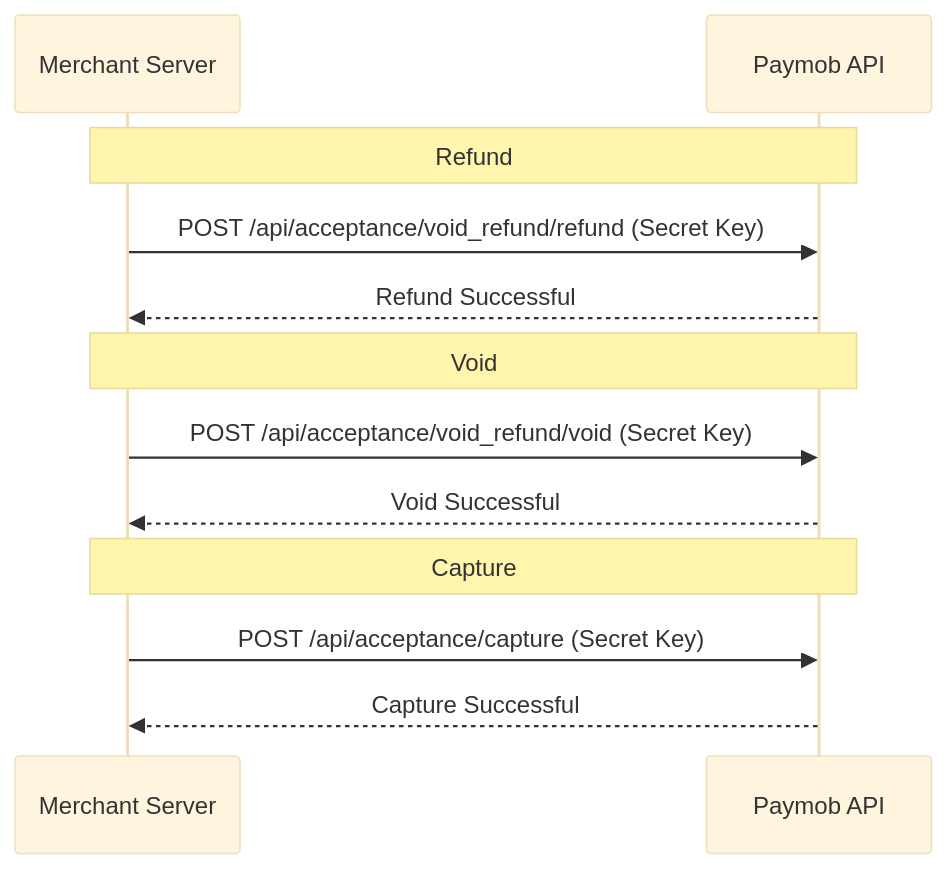
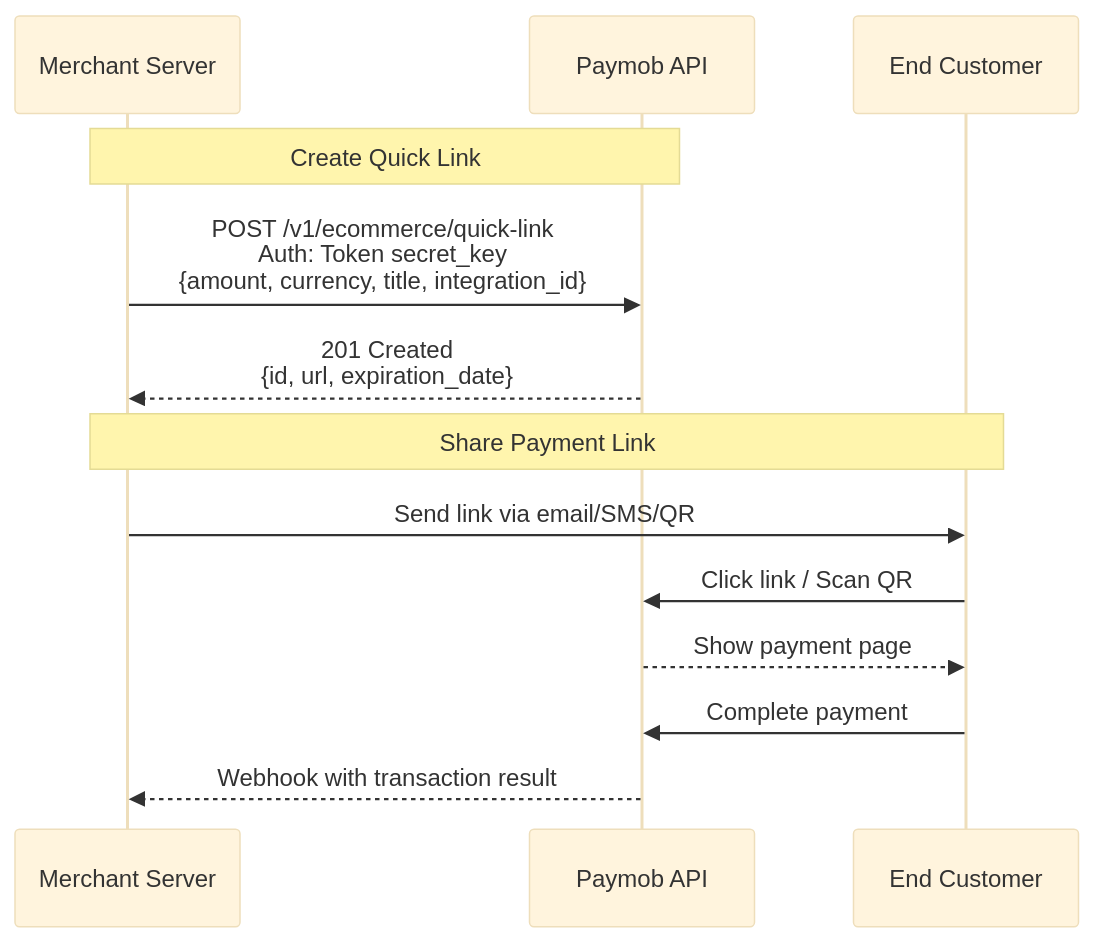
One commit to Yusuf-Hussien/Paymob-Java-SDK changed the ninth of 10 diagrams in docs/flow_diagrams.md. Above: the diagram before and after it, drawn with Mermaid (base theme). The commit also changed other lines of this file and 41 other files, not shown here.

````diff
--- a/docs/flow_diagrams.md
+++ b/docs/flow_diagrams.md
@@ -90,17 +422,17 @@
 ```mermaid
 sequenceDiagram
     participant Merchant as Merchant Server
     participant Paymob as Paymob API
+    participant Customer as End Customer
 
-    Note over Merchant, Paymob: Refund
-    Merchant->>Paymob: POST /api/acceptance/void_refund/refund (Secret Key)
-    Paymob-->>Merchant: Refund Successful
+    Note over Merchant, Paymob: Create Quick Link
+    Merchant->>Paymob: POST /v1/ecommerce/quick-link<br/>Auth: Token secret_key<br/>{amount, currency, title, integration_id}
+    Paymob-->>Merchant: 201 Created<br/>{id, url, expiration_date}
 
-    Note over Merchant, Paymob: Void
-    Merchant->>Paymob: POST /api/acceptance/void_refund/void (Secret Key)
-    Paymob-->>Merchant: Void Successful
-
-    Note over Merchant, Paymob: Capture
-    Merchant->>Paymob: POST /api/acceptance/capture (Secret Key)
-    Paymob-->>Merchant: Capture Successful
+    Note over Merchant, Customer: Share Payment Link
+    Merchant->>Customer: Send link via email/SMS/QR
+    Customer->>Paymob: Click link / Scan QR
+    Paymob-->>Customer: Show payment page
+    Customer->>Paymob: Complete payment
+    Paymob-->>Merchant: Webhook with transaction result
 ```
````
